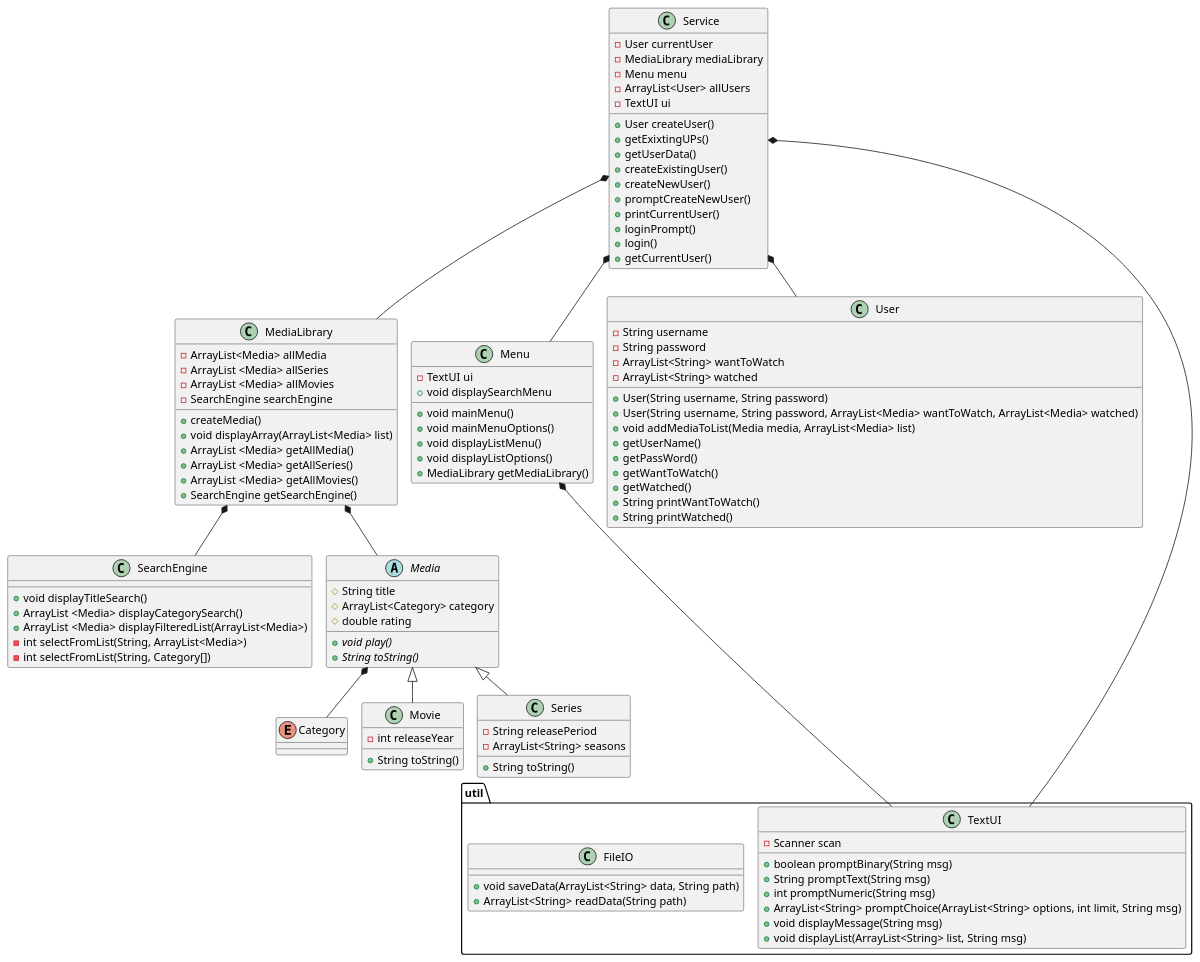
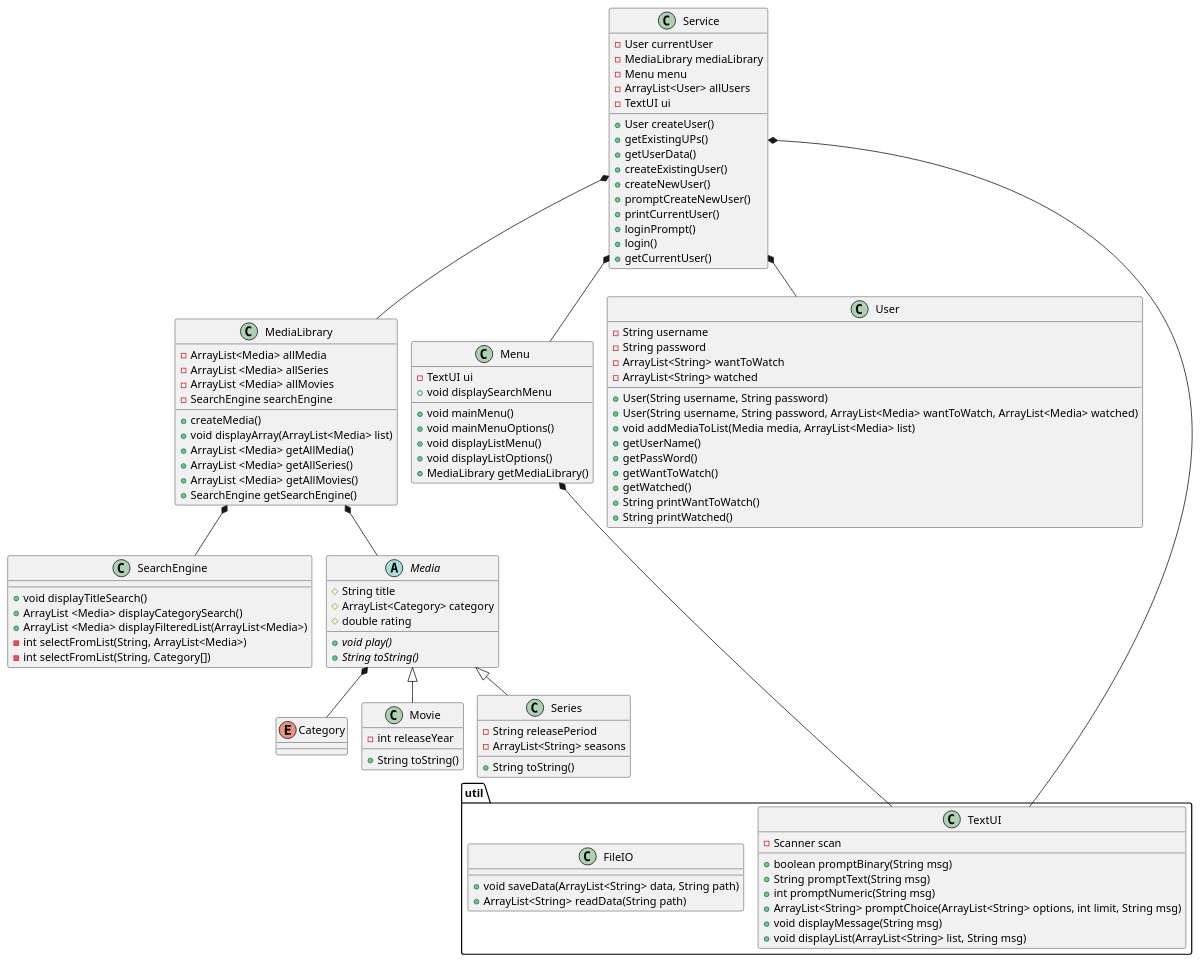
One commit to Ledut-dev/SP3_Chill changed the diagram in doc/classdiagram_V2.puml. Above: the diagram before and after it, drawn with PlantUML. The commit also changed 1 other file, not shown here.

```diff
--- a/doc/classdiagram_V2.puml
+++ b/doc/classdiagram_V2.puml
@@ -1,121 +1,121 @@
 @startuml
 'https://plantuml.com/class-diagram
 
 !pragma layout smetana
 
 enum Category
 
 class Service {
 - User currentUser
 - MediaLibrary mediaLibrary
 - Menu menu
 - ArrayList<User> allUsers
 -TextUI ui
 + User createUser()
-+getExixtingUPs()
++getExistingUPs()
 +getUserData()
 +createExistingUser()
 +createNewUser()
 +promptCreateNewUser()
 +printCurrentUser()
 +loginPrompt()
 +login()
 +getCurrentUser()
 }
 
 class MediaLibrary{
 - ArrayList<Media> allMedia
 - ArrayList <Media> allSeries
 - ArrayList <Media> allMovies
 - SearchEngine searchEngine
 +createMedia()
 + void displayArray(ArrayList<Media> list)
 + ArrayList <Media> getAllMedia()
 + ArrayList <Media> getAllSeries()
 + ArrayList <Media> getAllMovies()
 + SearchEngine getSearchEngine()
 
 }
 class Menu{
 - TextUI ui
 + void mainMenu()
 + void mainMenuOptions()
 + void displayListMenu()
 +void displayListOptions()
 +void displaySearchMenu
 + MediaLibrary getMediaLibrary()
 }
 class SearchEngine{
 + void displayTitleSearch()
 +ArrayList <Media> displayCategorySearch()
 +ArrayList <Media> displayFilteredList(ArrayList<Media>)
 -int selectFromList(String, ArrayList<Media>)
 -int selectFromList(String, Category[])
 
 }
 
 abstract class Media {
 # String title
 # ArrayList<Category> category
 # double rating
 + void {abstract} play()
 +{abstract} String toString()
 }
 
 
 class Movie extends Media{
 - int releaseYear
 + String toString()
 }
 
 class Series extends Media{
 - String releasePeriod
 - ArrayList<String> seasons
 + String toString()
 }
 
 
 class User{
 - String username
 - String password
 - ArrayList<String> wantToWatch
 - ArrayList<String> watched
 + User(String username, String password)
 + User(String username, String password, ArrayList<Media> wantToWatch, ArrayList<Media> watched)
 + void addMediaToList(Media media, ArrayList<Media> list)
 +getUserName()
 +getPassWord()
 +getWantToWatch()
 +getWatched()
 +String printWantToWatch()
 +String printWatched()
 }
 
 package "util" {
 class TextUI {
 - Scanner scan
 + boolean promptBinary(String msg)
 + String promptText(String msg)
 + int promptNumeric(String msg)
 + ArrayList<String> promptChoice(ArrayList<String> options, int limit, String msg)
 + void displayMessage(String msg)
 + void displayList(ArrayList<String> list, String msg)
 }
 
 class FileIO{
 + void saveData(ArrayList<String> data, String path)
 + ArrayList<String> readData(String path)
 }
 }
 
 Media *-- Category
 MediaLibrary *-- SearchEngine
 MediaLibrary *-- Media
 Service *-- MediaLibrary
 Service *-- User
 Service *-- Menu
 Service *-- TextUI
 Menu *---- TextUI
 
 
 @enduml
```
